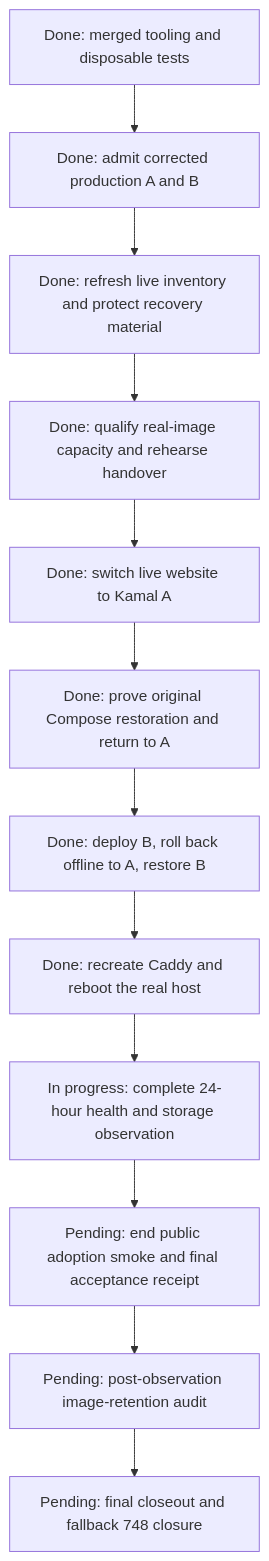
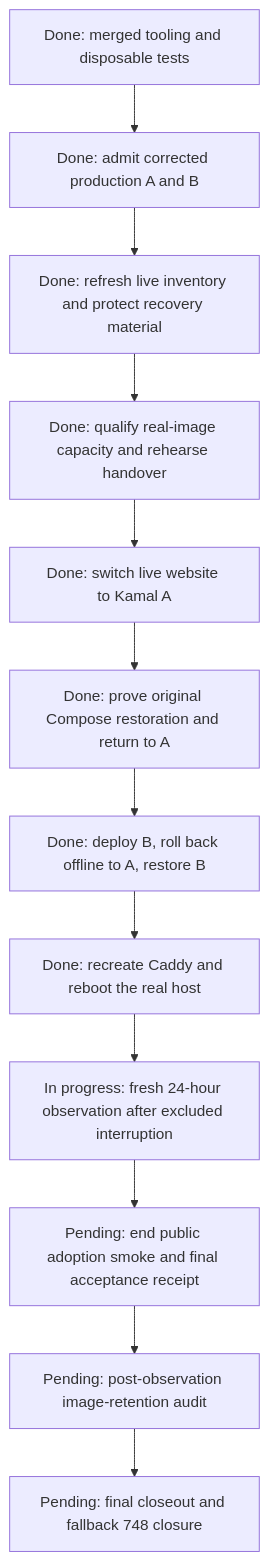
Before and after one commit to flidai/leapview: the diagram in plan.md, drawn with Mermaid. The commit also changed other lines of this file and 1 other file, not shown here.

Commit message:
docs(deploy): record observation recovery and replacement schedule

````diff
--- a/plan.md
+++ b/plan.md
@@ -95,14 +135,14 @@
 ```mermaid
 flowchart TD
     A[Done: merged tooling and disposable tests] --> B[Done: admit corrected production A and B]
     B --> C[Done: refresh live inventory and protect recovery material]
     C --> D[Done: qualify real-image capacity and rehearse handover]
     D --> E[Done: switch live website to Kamal A]
     E --> F[Done: prove original Compose restoration and return to A]
     F --> G[Done: deploy B, roll back offline to A, restore B]
     G --> H[Done: recreate Caddy and reboot the real host]
-    H --> I[In progress: complete 24-hour health and storage observation]
+    H --> I[In progress: fresh 24-hour observation after excluded interruption]
     I --> J[Pending: end public adoption smoke and final acceptance receipt]
     J --> K[Pending: post-observation image-retention audit]
     K --> L[Pending: final closeout and fallback 748 closure]
 ```
````
